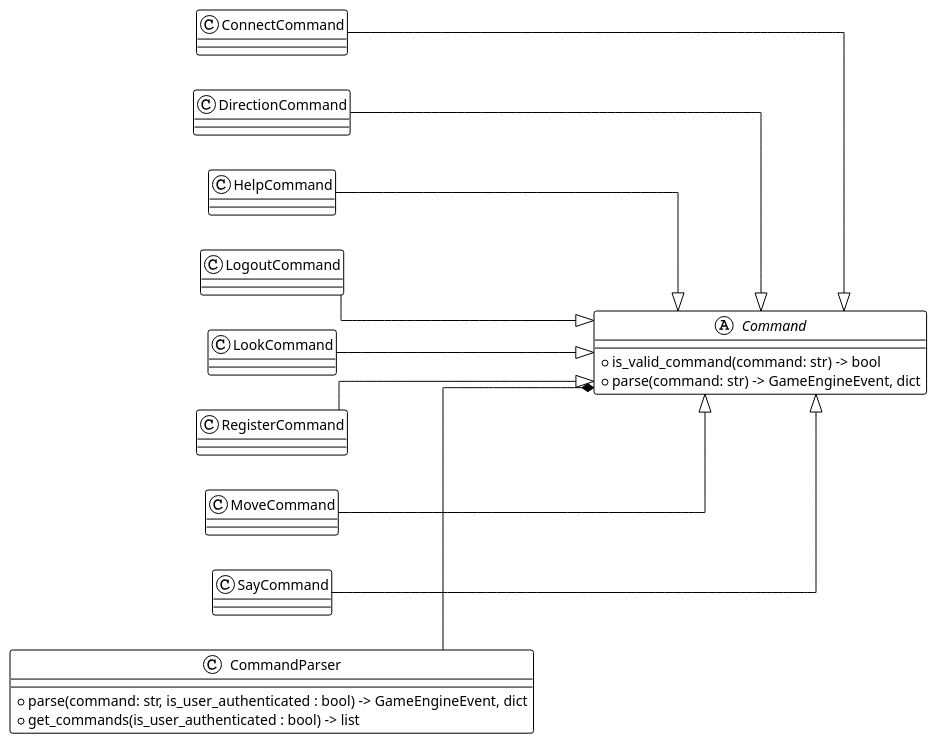
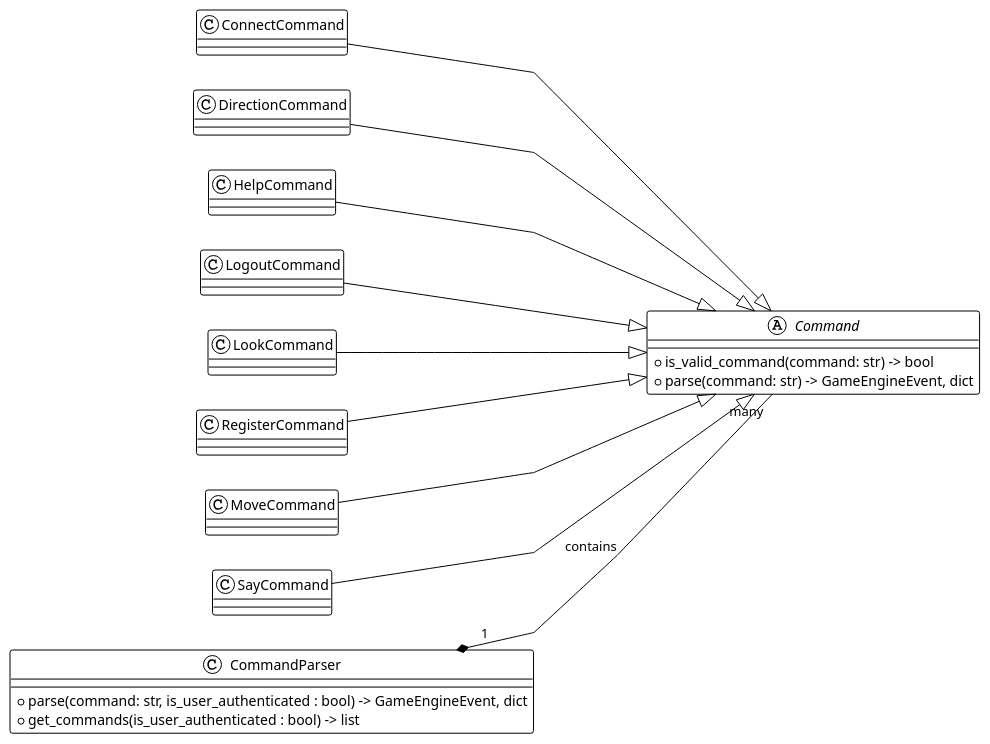
The diagram in docs/Command-handler-design.md (narendahr15/mud-server), drawn with PlantUML before and after one commit. The commit also changed 4 other files, not shown here.

````diff
--- a/docs/Command-handler-design.md
+++ b/docs/Command-handler-design.md
@@ -5,42 +5,42 @@
 ```plantuml
 @startuml
 
 !theme plain
 left to right direction
-skinparam linetype ortho
+skinparam linetype polyline
 
 
 abstract class Command {
    +is_valid_command(command: str) -> bool
    +parse(command: str) -> GameEngineEvent, dict
 }
 
 class ConnectCommand
 class DirectionCommand
 class HelpCommand
 class LogoutCommand
 class LookCommand
 class RegisterCommand
 class MoveCommand
 class SayCommand
 
 ConnectCommand --|> Command
 DirectionCommand --|> Command
 HelpCommand --|> Command
 LogoutCommand --|> Command
 LookCommand --|> Command
 RegisterCommand --|> Command
 SayCommand --|> Command
 MoveCommand --|> Command
 
 class CommandParser {
    +parse(command: str, is_user_authenticated : bool) -> GameEngineEvent, dict
    +get_commands(is_user_authenticated : bool) -> list
 }
 
-CommandParser --* Command
+CommandParser "1" *-- "many" Command : contains
 @enduml
 
 
 @enduml
 ```
````
